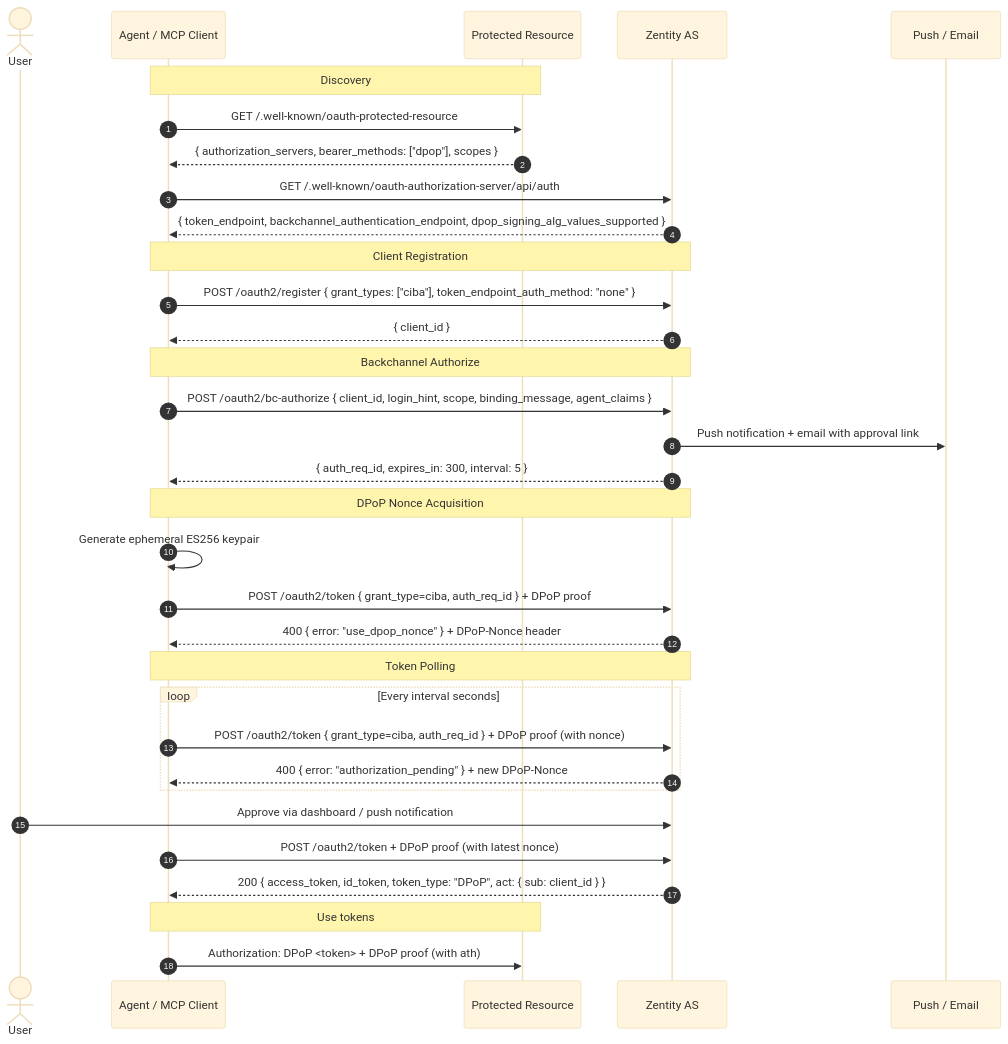
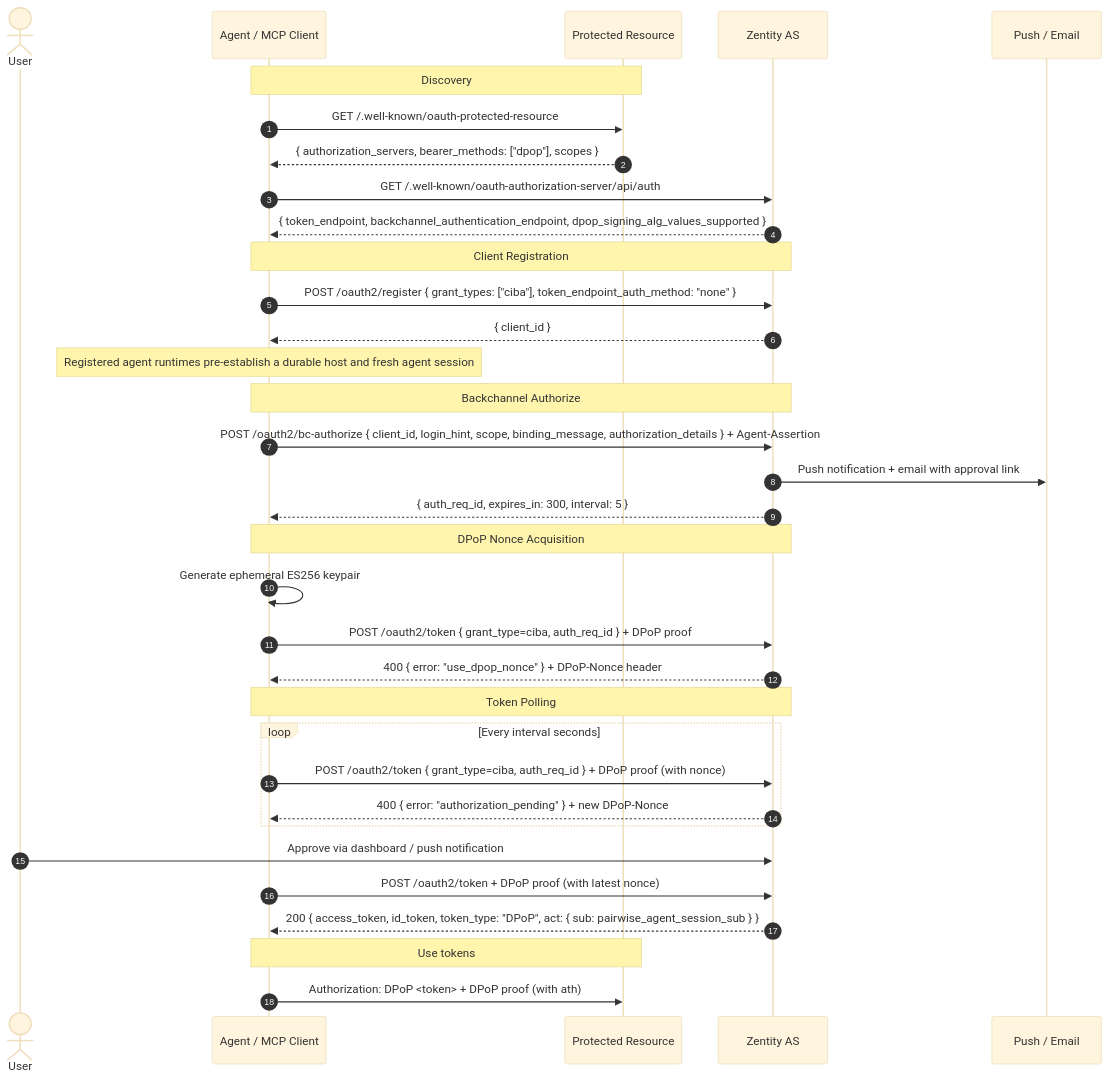
One commit to gustavovalverde/zentity changed the fourth of 6 diagrams in docs/oauth-integrations.md. Above: the diagram before and after it, drawn with Mermaid (base theme). The commit also changed other lines of this file and 39 other files, not shown here.

````diff
--- a/docs/oauth-integrations.md
+++ b/docs/oauth-integrations.md
@@ -167,42 +167,43 @@
 ```mermaid
 sequenceDiagram
   autonumber
   actor User
   participant Agent as Agent / MCP Client
   participant RS as Protected Resource
   participant AS as Zentity AS
   participant Notify as Push / Email
 
   Note over Agent,RS: Discovery
   Agent->>RS: GET /.well-known/oauth-protected-resource
   RS-->>Agent: { authorization_servers, bearer_methods: ["dpop"], scopes }
   Agent->>AS: GET /.well-known/oauth-authorization-server/api/auth
   AS-->>Agent: { token_endpoint, backchannel_authentication_endpoint, dpop_signing_alg_values_supported }
 
   Note over Agent,AS: Client Registration
   Agent->>AS: POST /oauth2/register { grant_types: ["ciba"], token_endpoint_auth_method: "none" }
   AS-->>Agent: { client_id }
 
+  Note over Agent: Registered agent runtimes pre-establish a durable host and fresh agent session
   Note over Agent,AS: Backchannel Authorize
-  Agent->>AS: POST /oauth2/bc-authorize { client_id, login_hint, scope, binding_message, agent_claims }
+  Agent->>AS: POST /oauth2/bc-authorize { client_id, login_hint, scope, binding_message, authorization_details } + Agent-Assertion
   AS->>Notify: Push notification + email with approval link
   AS-->>Agent: { auth_req_id, expires_in: 300, interval: 5 }
 
   Note over Agent,AS: DPoP Nonce Acquisition
   Agent->>Agent: Generate ephemeral ES256 keypair
   Agent->>AS: POST /oauth2/token { grant_type=ciba, auth_req_id } + DPoP proof
   AS-->>Agent: 400 { error: "use_dpop_nonce" } + DPoP-Nonce header
 
   Note over Agent,AS: Token Polling
   loop Every interval seconds
     Agent->>AS: POST /oauth2/token { grant_type=ciba, auth_req_id } + DPoP proof (with nonce)
     AS-->>Agent: 400 { error: "authorization_pending" } + new DPoP-Nonce
   end
 
   User->>AS: Approve via dashboard / push notification
   Agent->>AS: POST /oauth2/token + DPoP proof (with latest nonce)
-  AS-->>Agent: 200 { access_token, id_token, token_type: "DPoP", act: { sub: client_id } }
+  AS-->>Agent: 200 { access_token, id_token, token_type: "DPoP", act: { sub: pairwise_agent_session_sub } }
 
   Note over Agent,RS: Use tokens
   Agent->>RS: Authorization: DPoP <token> + DPoP proof (with ath)
 ```
````
